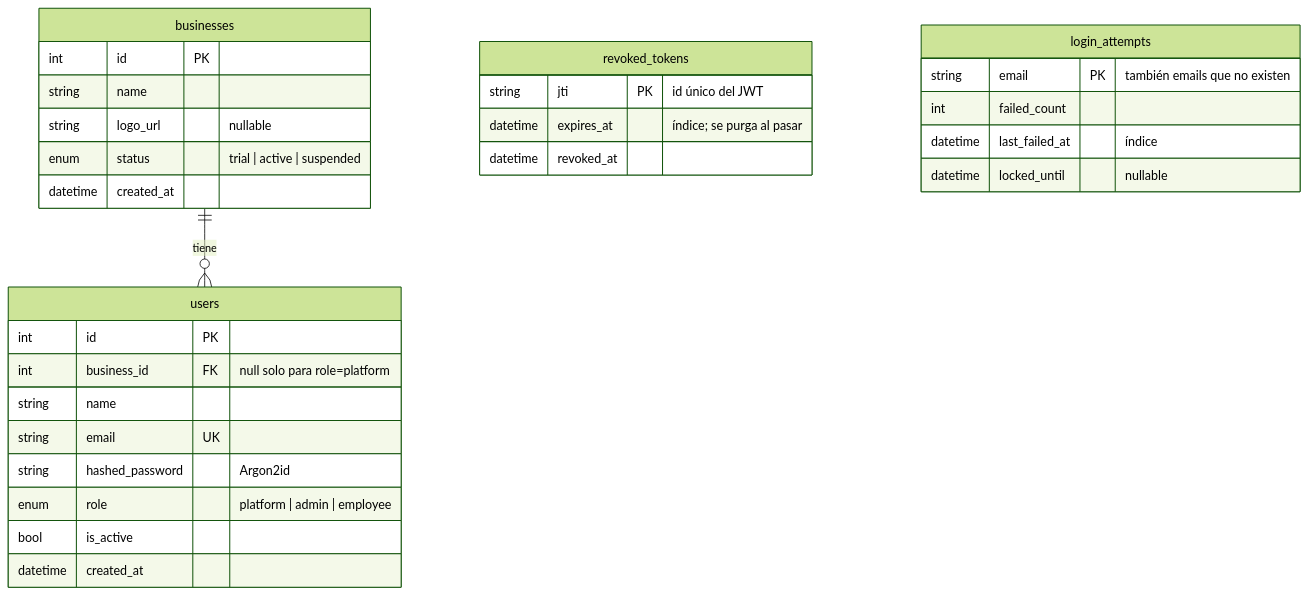
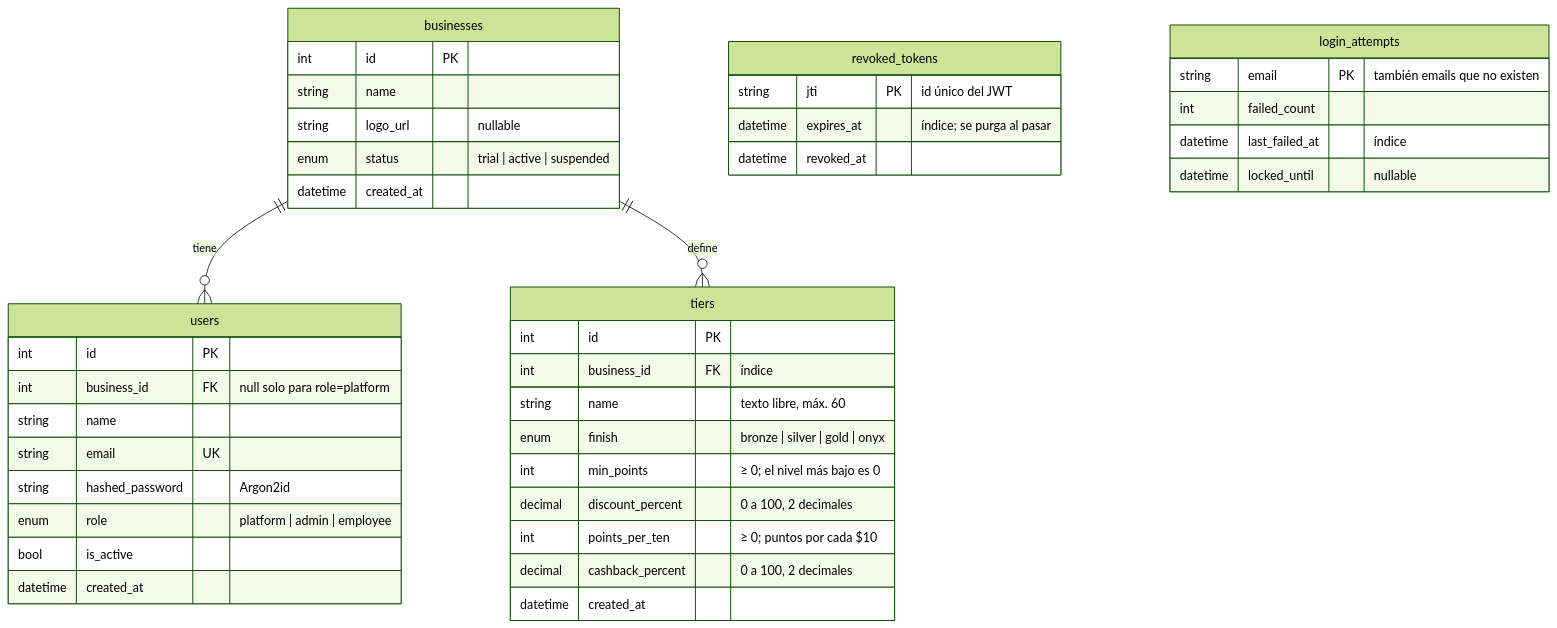
One commit to AGA-Studio/Member-Web changed the third of 13 diagrams in docs/ARCHITECTURE.md. Above: the diagram before and after it, drawn with Mermaid (forest theme). The commit also changed other lines of this file and 1 other file, not shown here.

````diff
--- a/docs/ARCHITECTURE.md
+++ b/docs/ARCHITECTURE.md
@@ -87,36 +91,49 @@
 ```mermaid
 erDiagram
     businesses ||--o{ users : "tiene"
+    businesses ||--o{ tiers : "define"
 
     businesses {
         int id PK
         string name
         string logo_url "nullable"
         enum status "trial | active | suspended"
         datetime created_at
     }
 
     users {
         int id PK
         int business_id FK "null solo para role=platform"
         string name
         string email UK
         string hashed_password "Argon2id"
         enum role "platform | admin | employee"
         bool is_active
         datetime created_at
     }
 
+    tiers {
+        int id PK
+        int business_id FK "índice"
+        string name "texto libre, máx. 60"
+        enum finish "bronze | silver | gold | onyx"
+        int min_points "≥ 0; el nivel más bajo es 0"
+        decimal discount_percent "0 a 100, 2 decimales"
+        int points_per_ten "≥ 0; puntos por cada $10"
+        decimal cashback_percent "0 a 100, 2 decimales"
+        datetime created_at
+    }
+
     revoked_tokens {
         string jti PK "id único del JWT"
         datetime expires_at "índice; se purga al pasar"
         datetime revoked_at
     }
 
     login_attempts {
         string email PK "también emails que no existen"
         int failed_count
         datetime last_failed_at "índice"
         datetime locked_until "nullable"
     }
 ```
````
